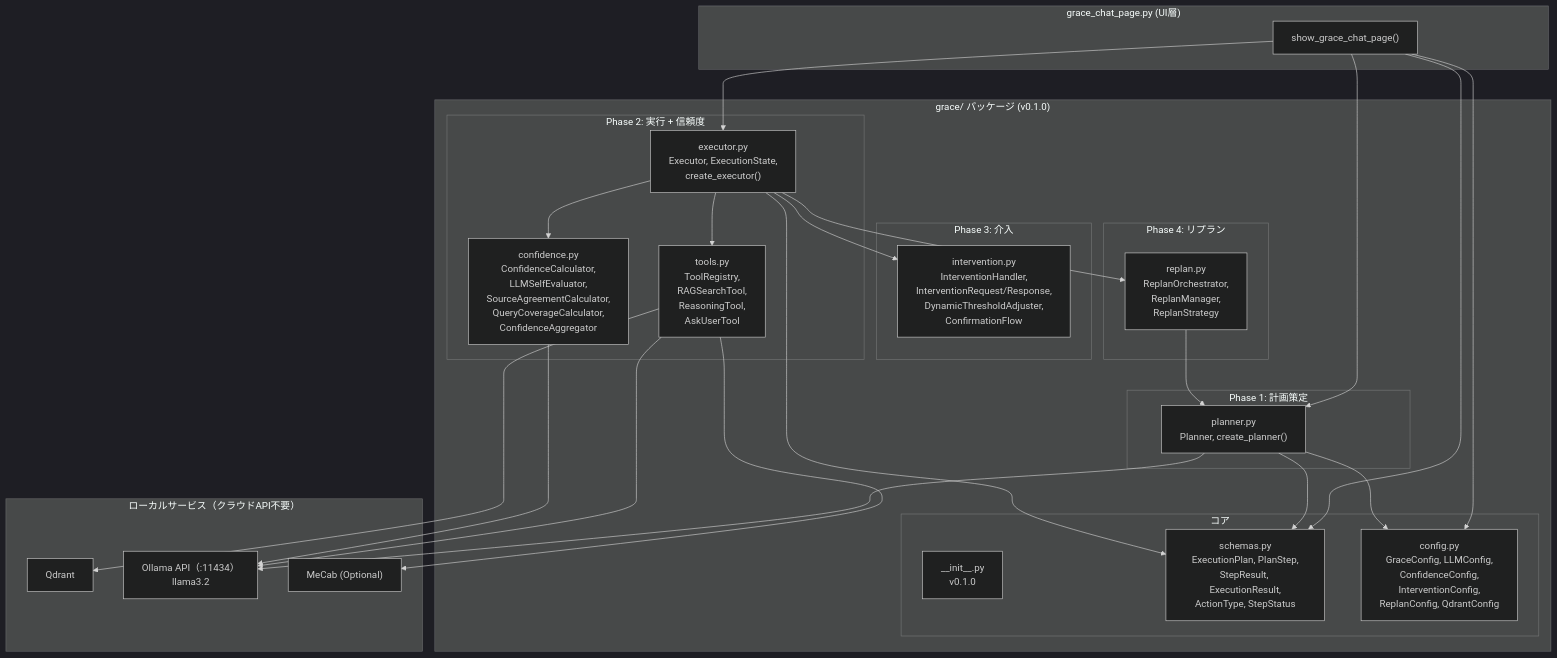
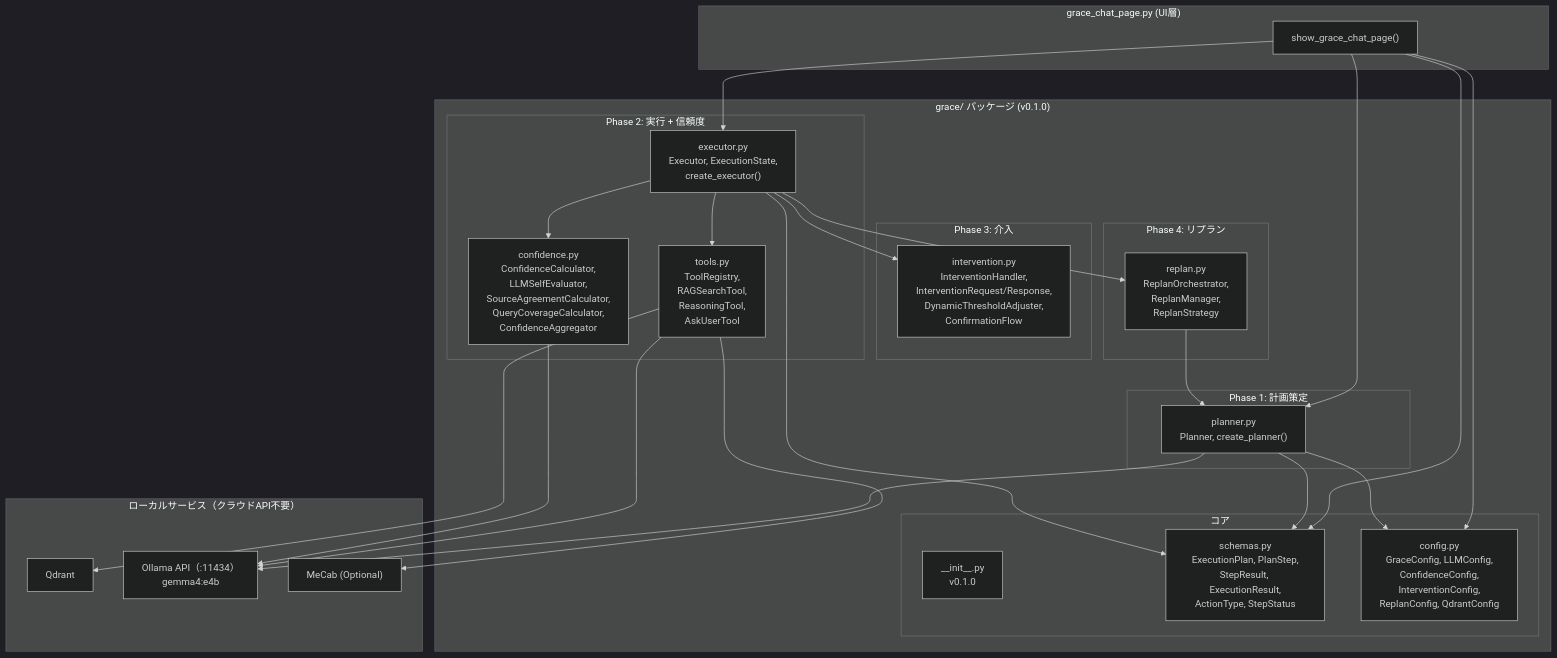
The ninth of 13 diagrams in readme_autonomous_agent.md (nakashima2toshio/ollama_grace_agent), drawn with Mermaid (dark theme) before and after one commit. The commit also changed other lines of this file and 5 other files, not shown here.

First line of the commit message:
docs: update default model from llama3.2 to gemma4:e4b in all docs

````diff
--- a/readme_autonomous_agent.md
+++ b/readme_autonomous_agent.md
@@ -1065,60 +1066,60 @@
 ```mermaid
 flowchart TB
     subgraph UI["grace_chat_page.py (UI層)"]
         Page["show_grace_chat_page()"]
     end
 
     subgraph GracePackage["grace/ パッケージ (v0.1.0)"]
         subgraph Core["コア"]
             Init["__init__.py<br/>v0.1.0"]
             Schemas["schemas.py<br/>ExecutionPlan, PlanStep,<br/>StepResult, ExecutionResult,<br/>ActionType, StepStatus"]
             Config["config.py<br/>GraceConfig, LLMConfig,<br/>ConfidenceConfig,<br/>InterventionConfig,<br/>ReplanConfig, QdrantConfig"]
         end
 
         subgraph Phase1["Phase 1: 計画策定"]
             PlannerMod["planner.py<br/>Planner, create_planner()"]
         end
 
         subgraph Phase2["Phase 2: 実行 + 信頼度"]
             ExecutorMod["executor.py<br/>Executor, ExecutionState,<br/>create_executor()"]
             ToolsMod["tools.py<br/>ToolRegistry,<br/>RAGSearchTool,<br/>ReasoningTool,<br/>AskUserTool"]
             ConfMod["confidence.py<br/>ConfidenceCalculator,<br/>LLMSelfEvaluator,<br/>SourceAgreementCalculator,<br/>QueryCoverageCalculator,<br/>ConfidenceAggregator"]
         end
 
         subgraph Phase3["Phase 3: 介入"]
             IntervMod["intervention.py<br/>InterventionHandler,<br/>InterventionRequest/Response,<br/>DynamicThresholdAdjuster,<br/>ConfirmationFlow"]
         end
 
         subgraph Phase4["Phase 4: リプラン"]
             ReplanMod["replan.py<br/>ReplanOrchestrator,<br/>ReplanManager,<br/>ReplanStrategy"]
         end
     end
 
     subgraph External["ローカルサービス（クラウドAPI不要）"]
         Qdrant["Qdrant"]
-        Ollama["Ollama API（:11434）<br/>llama3.2"]
+        Ollama["Ollama API（:11434）<br/>gemma4:e4b"]
         MeCab["MeCab (Optional)"]
     end
 
     Page --> PlannerMod
     Page --> ExecutorMod
     Page --> Schemas
     Page --> Config
 
     PlannerMod --> Schemas
     PlannerMod --> Config
     PlannerMod --> Ollama
 
     ExecutorMod --> ToolsMod
     ExecutorMod --> ConfMod
     ExecutorMod --> IntervMod
     ExecutorMod --> ReplanMod
     ExecutorMod --> Schemas
 
     ToolsMod --> Qdrant
     ToolsMod --> Ollama
     ToolsMod --> MeCab
 
     ConfMod --> Ollama
     ReplanMod --> PlannerMod
 ```
````
